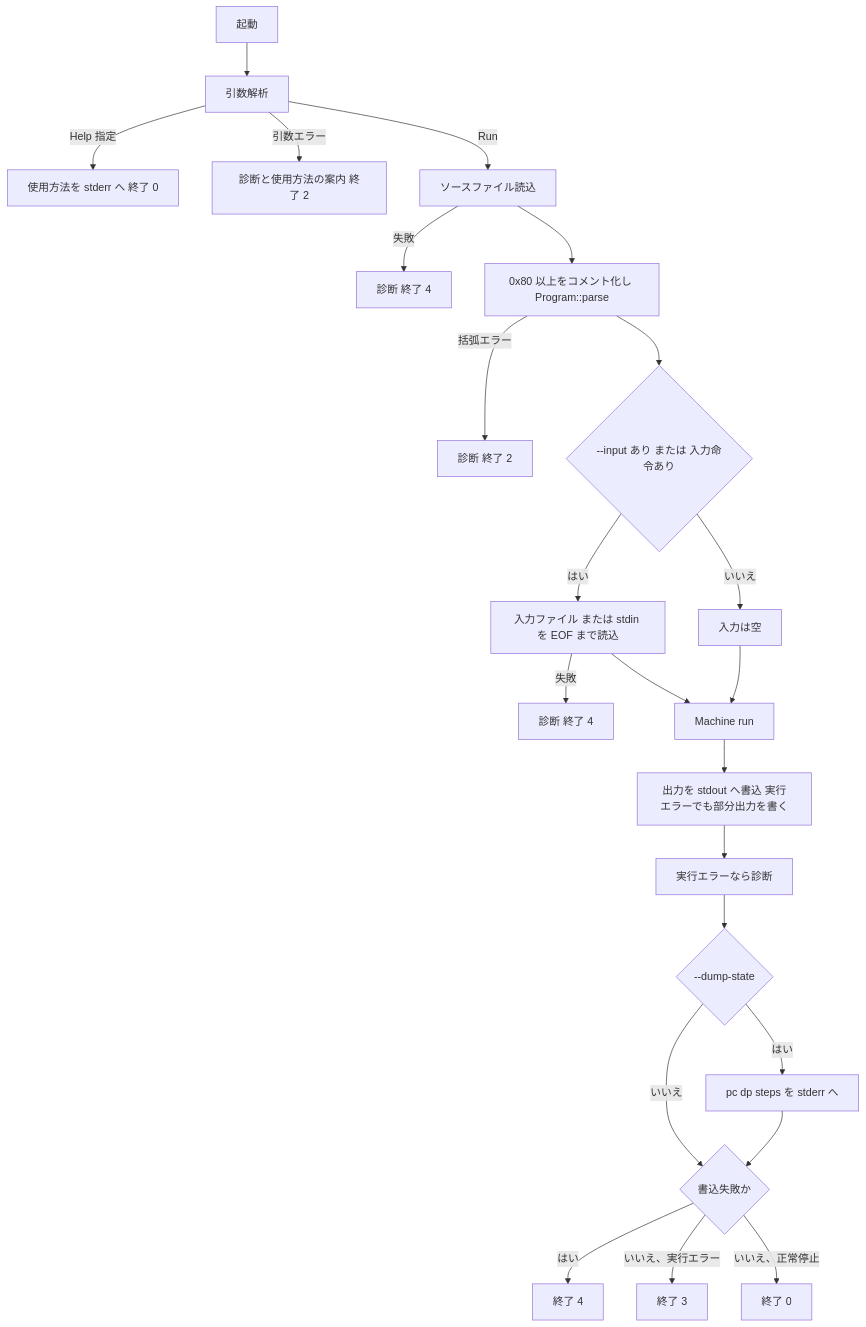
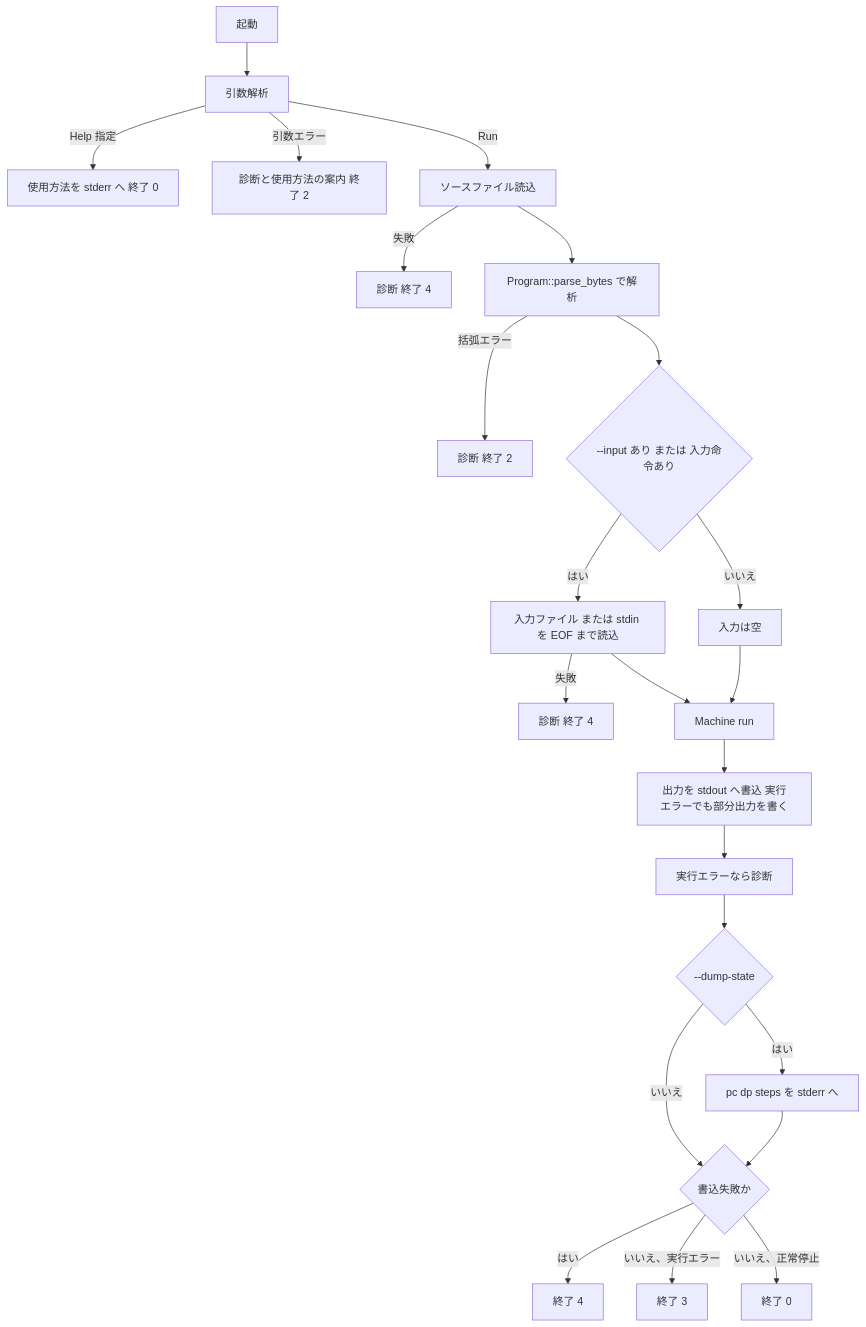
The second of 2 diagrams in .kiro/specs/brainfuck-cli/design.md (cashmere53/BrainfuckStudio), drawn with Mermaid before and after one commit. The commit also changed other lines of this file and 8 other files, not shown here.

````diff
--- a/.kiro/specs/brainfuck-cli/design.md
+++ b/.kiro/specs/brainfuck-cli/design.md
@@ -141,25 +141,25 @@
 ```mermaid
 flowchart TD
     Start[起動] --> Parse[引数解析]
     Parse -- Help 指定 --> Help[使用方法を stderr へ 終了 0]
     Parse -- 引数エラー --> E2a[診断と使用方法の案内 終了 2]
     Parse -- Run --> ReadSrc[ソースファイル読込]
     ReadSrc -- 失敗 --> E4a[診断 終了 4]
-    ReadSrc --> ParseSrc[0x80 以上をコメント化し Program::parse]
+    ReadSrc --> ParseSrc[Program::parse_bytes で解析]
     ParseSrc -- 括弧エラー --> E2b[診断 終了 2]
     ParseSrc --> NeedIn{--input あり または 入力命令あり}
     NeedIn -- いいえ --> Empty[入力は空]
     NeedIn -- はい --> GetIn[入力ファイル または stdin を EOF まで読込]
     GetIn -- 失敗 --> E4b[診断 終了 4]
     GetIn --> Run
     Empty --> Run[Machine run]
     Run --> Write[出力を stdout へ書込 実行エラーでも部分出力を書く]
     Write --> Diag[実行エラーなら診断]
     Diag --> Dump{--dump-state}
     Dump -- はい --> State[pc dp steps を stderr へ]
     Dump -- いいえ --> Code
     State --> Code{書込失敗か}
     Code -- はい --> E4c[終了 4]
     Code -- いいえ、実行エラー --> E3[終了 3]
     Code -- いいえ、正常停止 --> E0[終了 0]
 ```
````
